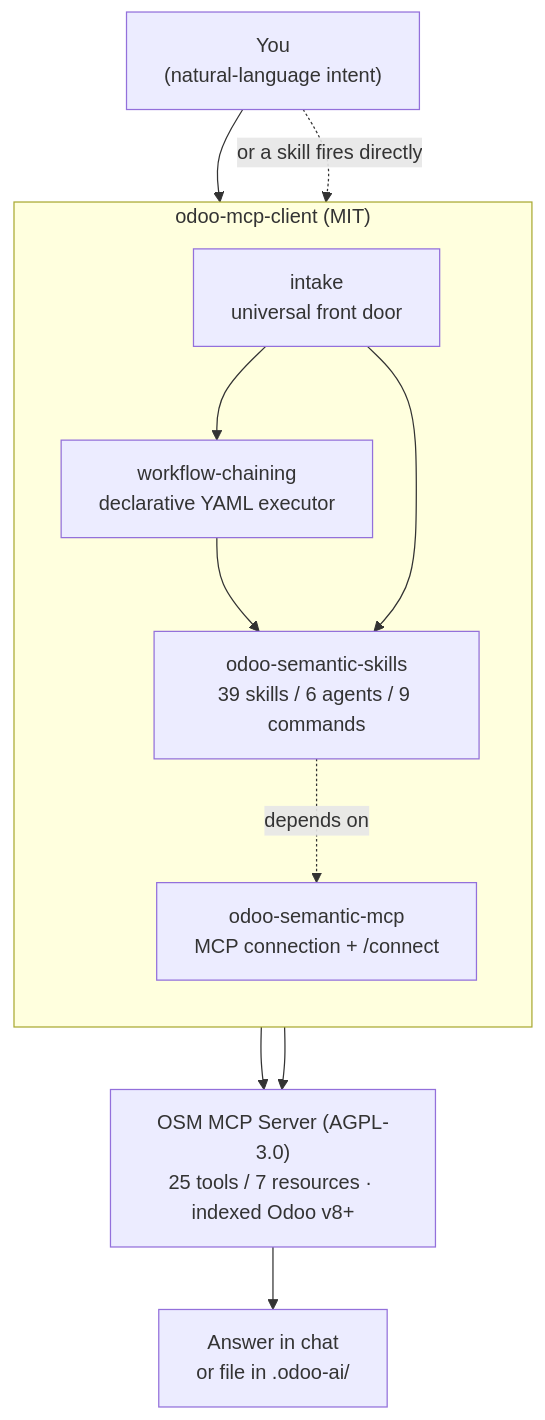
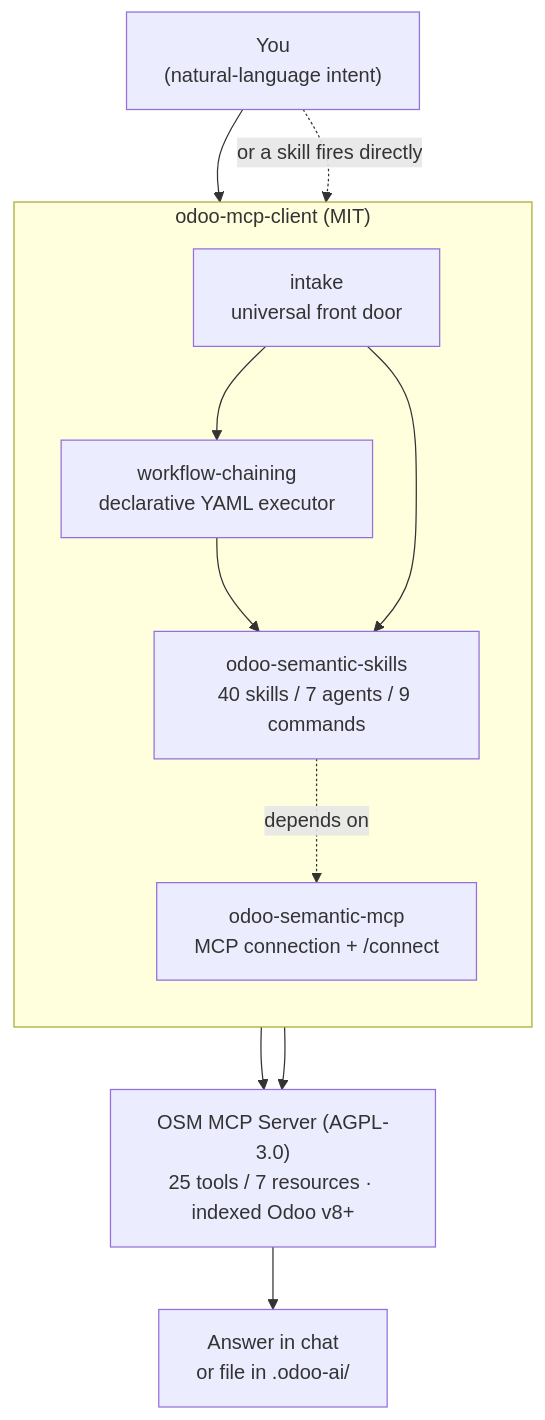
Before and after one commit to Viindoo/odoo-mcp-client: the diagram in README.md, drawn with Mermaid. The commit also changed other lines of this file and 71 other files, not shown here.

````diff
--- a/README.md
+++ b/README.md
@@ -13,24 +13,24 @@
 ```mermaid
 flowchart TB
     You["You<br/>(natural-language intent)"]
 
     subgraph client["odoo-mcp-client (MIT)"]
         direction TB
         intake["intake<br/>universal front door"]
         wfrunner["workflow-chaining<br/>declarative YAML executor"]
-        skills["odoo-semantic-skills<br/>39 skills / 6 agents / 9 commands"]
+        skills["odoo-semantic-skills<br/>40 skills / 7 agents / 9 commands"]
         mcp["odoo-semantic-mcp<br/>MCP connection + /connect"]
         intake --> wfrunner --> skills
         intake --> skills
         skills -. "depends on" .-> mcp
     end
 
     server["OSM MCP Server (AGPL-3.0)<br/>25 tools / 7 resources · indexed Odoo v8+"]
     out["Answer in chat<br/>or file in .odoo-ai/"]
 
     You --> intake
     You -. "or a skill fires directly" .-> skills
     skills --> server
     mcp --> server
     server --> out
 ```
````
